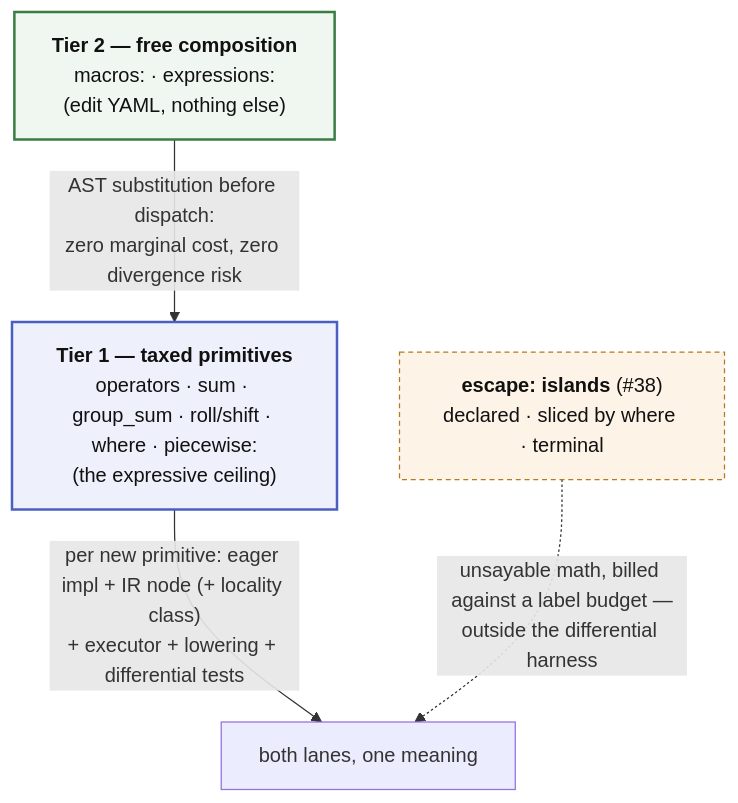
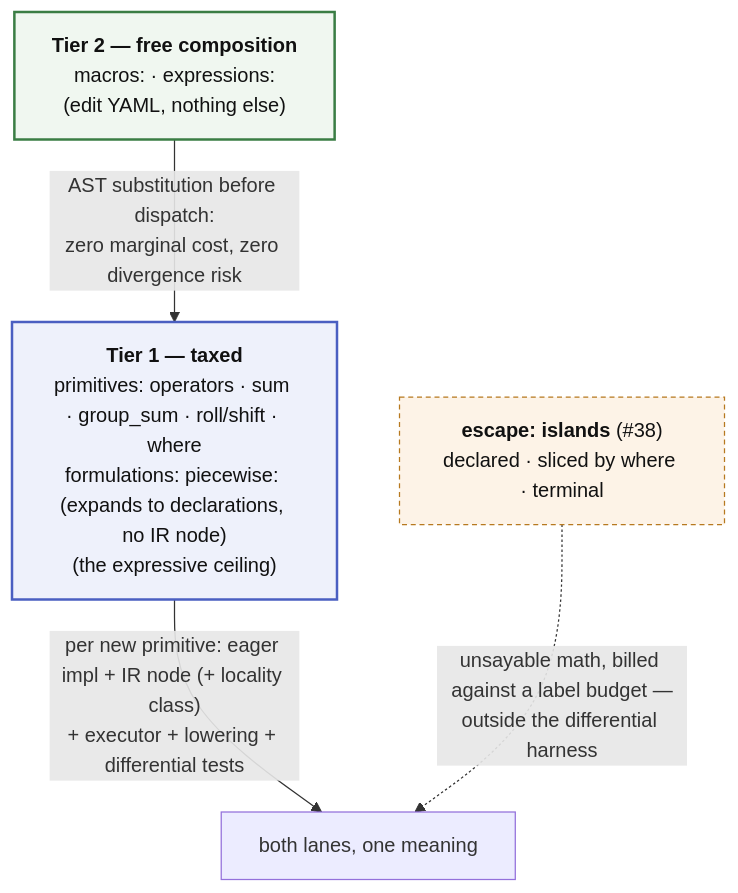
Before and after one commit to FBumann/farkas: the second of 2 diagrams in ARCHITECTURE.md, drawn with Mermaid. The commit also changed other lines of this file and 5 other files, not shown here.

````diff
--- a/ARCHITECTURE.md
+++ b/ARCHITECTURE.md
@@ -100,19 +102,19 @@
 ```mermaid
 flowchart TB
     T2["<b>Tier 2 — free composition</b><br/>macros: · expressions:<br/>(edit YAML, nothing else)"]
-    T1["<b>Tier 1 — taxed primitives</b><br/>operators · sum · group_sum · roll/shift · where · piecewise:<br/>(the expressive ceiling)"]
+    T1["<b>Tier 1 — taxed</b><br/>primitives: operators · sum · group_sum · roll/shift · where<br/>formulations: piecewise: (expands to declarations, no IR node)<br/>(the expressive ceiling)"]
     BOTH["both lanes, one meaning"]
     ESC["<b>escape: islands</b> (#38)<br/>declared · sliced by where · terminal"]
 
     T2 -->|"AST substitution before dispatch:<br/>zero marginal cost, zero divergence risk"| T1
     T1 -->|"per new primitive: eager impl + IR node (+ locality class)<br/>+ executor + lowering + differential tests"| BOTH
     ESC -.->|"unsayable math, billed against a label budget —<br/>outside the differential harness"| BOTH
 
     classDef free fill:#f0f7f0,stroke:#3a7d44,stroke-width:2px,color:#111
     classDef taxed fill:#eef1fb,stroke:#4a5fc1,stroke-width:2px,color:#111
     classDef esc fill:#fdf3e7,stroke:#b7791f,color:#111,stroke-dasharray: 4 3
     class T2 free
     class T1 taxed
     class ESC esc
     class EO esc
 ```
````
